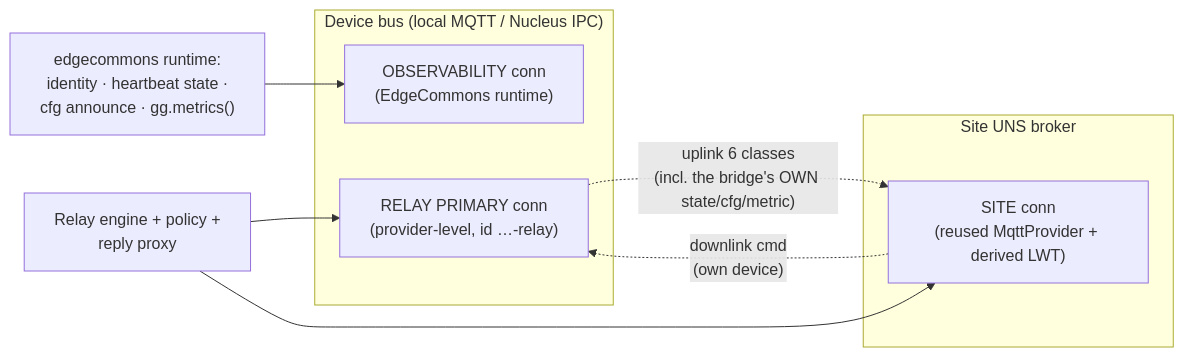
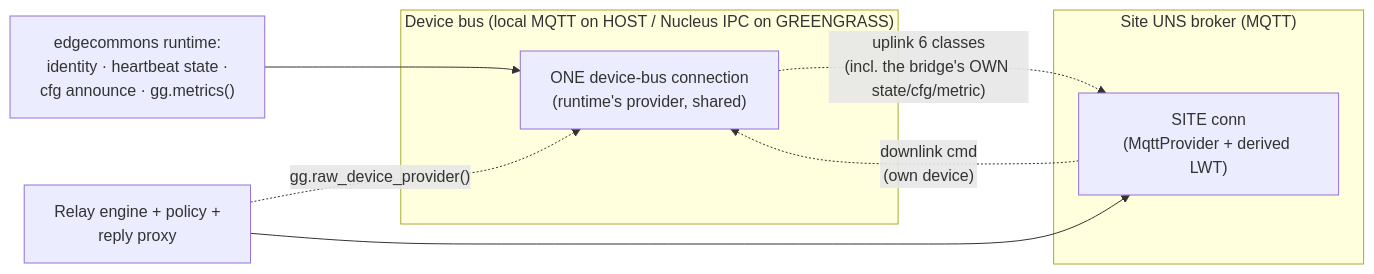
Before and after one commit to edgecommons/uns-bridge: the first of 2 diagrams in docs/explanation.md, drawn with Mermaid. The commit also changed other lines of this file and 19 other files, not shown here.

````diff
--- a/docs/explanation.md
+++ b/docs/explanation.md
@@ -30,15 +31,14 @@
 ```mermaid
 flowchart LR
-  subgraph device["Device bus (local MQTT / Nucleus IPC)"]
-    obs["OBSERVABILITY conn\n(EdgeCommons runtime)"]
-    relayp["RELAY PRIMARY conn\n(provider-level, id …-relay)"]
+  subgraph device["Device bus (local MQTT on HOST / Nucleus IPC on GREENGRASS)"]
+    conn["ONE device-bus connection\n(runtime's provider, shared)"]
   end
-  subgraph site["Site UNS broker"]
-    sitec["SITE conn\n(reused MqttProvider + derived LWT)"]
+  subgraph site["Site UNS broker (MQTT)"]
+    sitec["SITE conn\n(MqttProvider + derived LWT)"]
   end
-  runtime["edgecommons runtime:\nidentity · heartbeat state ·\ncfg announce · gg.metrics()"] --> obs
-  engine["Relay engine + policy +\nreply proxy"] --> relayp
+  runtime["edgecommons runtime:\nidentity · heartbeat state ·\ncfg announce · gg.metrics()"] --> conn
+  engine["Relay engine + policy +\nreply proxy"] -. "gg.raw_device_provider()" .-> conn
   engine --> sitec
-  relayp -. "uplink 6 classes\n(incl. the bridge's OWN state/cfg/metric)" .-> sitec
-  sitec -. "downlink cmd\n(own device)" .-> relayp
+  conn -. "uplink 6 classes\n(incl. the bridge's OWN state/cfg/metric)" .-> sitec
+  sitec -. "downlink cmd\n(own device)" .-> conn
 ```
````
